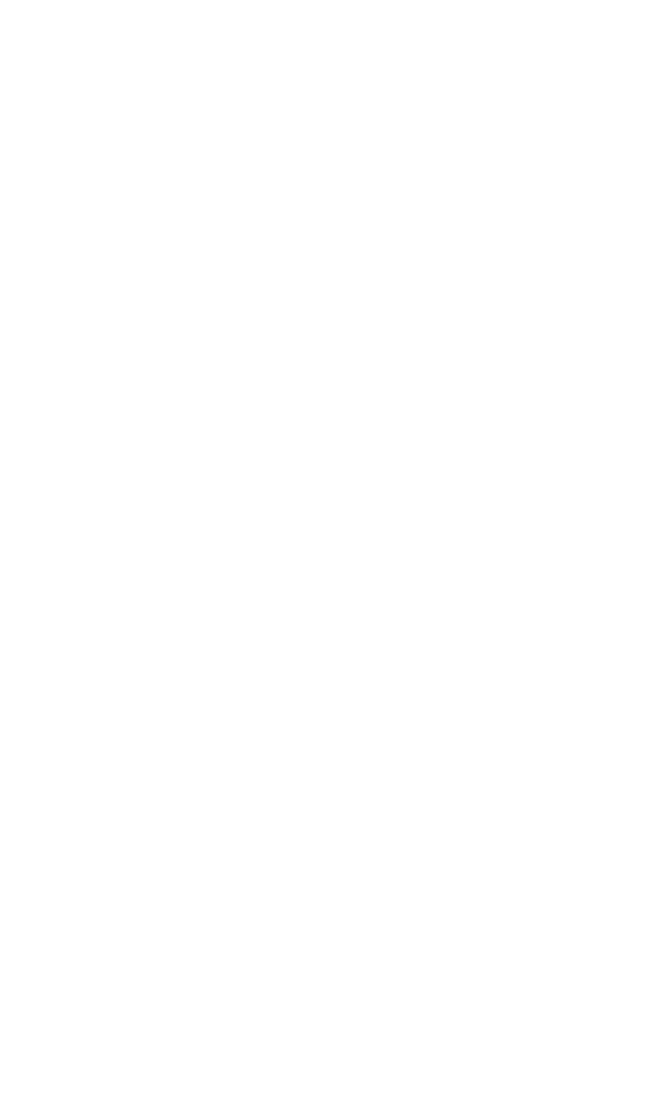
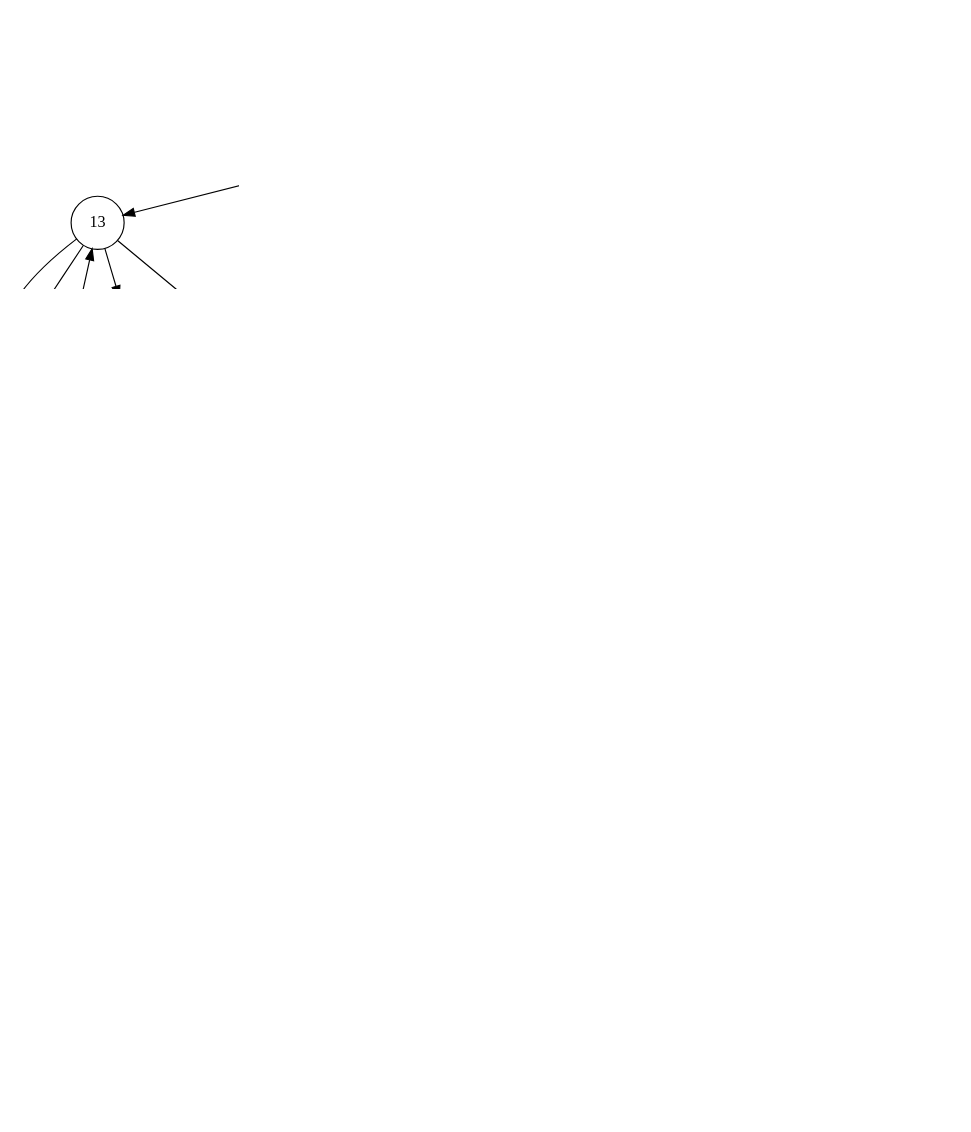
The diagram in binary-trees/graphviz/rand_tree.dot (mickey-is-codin/data-structures), drawn with Graphviz before and after one commit. The commit also changed 2 other files, not shown here.

```diff
--- a/binary-trees/graphviz/rand_tree.dot
+++ b/binary-trees/graphviz/rand_tree.dot
@@ -1,96 +1,156 @@
 digraph BST {
 	graph [ dpi = 300 ];
 	node [shape=circle];
 	size="6,6";
 	24 -> 0;
 	24 -> 88;
 	0 -> -59;
 	0 -> 13;
 	-59 -> -97;
 	-59 -> -54;
 null1 [shape=point];
 	-97 -> null1;
 	-97 -> -72;
 	-72 -> -73;
+	-72 -> -69;
+	-73 -> -91;
 null2 [shape=point]
-	-72 -> null2;
-	-73 -> -91;
-null3 [shape=point]
-	-73 -> null3;
-null4 [shape=point];
-	-91 -> null4;
+	-73 -> null2;
+	-91 -> -96;
 	-91 -> -84;
+null3 [shape=point];
+	-96 -> null3;
+null4 [shape=point]
+	-96 -> null4;
 null5 [shape=point];
 	-84 -> null5;
 null6 [shape=point]
 	-84 -> null6;
 null7 [shape=point];
-	-54 -> null7;
+	-69 -> null7;
+null8 [shape=point]
+	-69 -> null8;
+	-54 -> -56;
 	-54 -> -11;
+null9 [shape=point];
+	-56 -> null9;
+null10 [shape=point]
+	-56 -> null10;
 	-11 -> -48;
 	-11 -> -9;
-null8 [shape=point];
-	-48 -> null8;
+null11 [shape=point];
+	-48 -> null11;
 	-48 -> -40;
-null9 [shape=point];
-	-40 -> null9;
+null12 [shape=point];
+	-40 -> null12;
 	-40 -> -26;
 	-26 -> -30;
 	-26 -> -18;
-null10 [shape=point];
-	-30 -> null10;
-null11 [shape=point]
-	-30 -> null11;
+	-30 -> -35;
+	-30 -> -30;
+	-35 -> -39;
+null13 [shape=point]
+	-35 -> null13;
+null14 [shape=point];
+	-39 -> null14;
+	-39 -> -38;
+null15 [shape=point];
+	-38 -> null15;
+null16 [shape=point]
+	-38 -> null16;
+null17 [shape=point];
+	-30 -> null17;
+null18 [shape=point]
+	-30 -> null18;
 	-18 -> -20;
 	-18 -> -16;
-null12 [shape=point];
-	-20 -> null12;
-null13 [shape=point]
-	-20 -> null13;
-null14 [shape=point];
-	-16 -> null14;
+null19 [shape=point];
+	-20 -> null19;
+null20 [shape=point]
+	-20 -> null20;
+	-16 -> -18;
 	-16 -> -16;
-null15 [shape=point];
-	-16 -> null15;
-null16 [shape=point]
-	-16 -> null16;
-null17 [shape=point];
-	-9 -> null17;
-null18 [shape=point]
-	-9 -> null18;
+null21 [shape=point];
+	-18 -> null21;
+null22 [shape=point]
+	-18 -> null22;
+null23 [shape=point];
+	-16 -> null23;
+	-16 -> -16;
+null24 [shape=point];
+	-16 -> null24;
+null25 [shape=point]
+	-16 -> null25;
+null26 [shape=point];
+	-9 -> null26;
+	-9 -> -9;
+null27 [shape=point];
+	-9 -> null27;
+null28 [shape=point]
+	-9 -> null28;
 	13 -> 5;
 	13 -> 20;
-null19 [shape=point];
-	5 -> null19;
-null20 [shape=point]
-	5 -> null20;
+	5 -> 4;
+	5 -> 7;
+null29 [shape=point];
+	4 -> null29;
+null30 [shape=point]
+	4 -> null30;
+null31 [shape=point];
+	7 -> null31;
+null32 [shape=point]
+	7 -> null32;
 	20 -> 15;
 	20 -> 22;
-null21 [shape=point];
-	15 -> null21;
-null22 [shape=point]
-	15 -> null22;
-null23 [shape=point];
-	22 -> null23;
+	15 -> 13;
+null33 [shape=point]
+	15 -> null33;
+null34 [shape=point];
+	13 -> null34;
+null35 [shape=point]
+	13 -> null35;
+null36 [shape=point];
+	22 -> null36;
 	22 -> 22;
-null24 [shape=point];
-	22 -> null24;
-null25 [shape=point]
-	22 -> null25;
+null37 [shape=point];
+	22 -> null37;
+null38 [shape=point]
+	22 -> null38;
 	88 -> 69;
 	88 -> 88;
 	69 -> 47;
 	69 -> 76;
-null26 [shape=point];
-	47 -> null26;
-null27 [shape=point]
-	47 -> null27;
-null28 [shape=point];
-	76 -> null28;
-null29 [shape=point]
-	76 -> null29;
-null30 [shape=point];
-	88 -> null30;
-null31 [shape=point]
-	88 -> null31;
+	47 -> 38;
+	47 -> 57;
+null39 [shape=point];
+	38 -> null39;
+	38 -> 44;
+	44 -> 39;
+null40 [shape=point]
+	44 -> null40;
+null41 [shape=point];
+	39 -> null41;
+null42 [shape=point]
+	39 -> null42;
+null43 [shape=point];
+	57 -> null43;
+	57 -> 62;
+null44 [shape=point];
+	62 -> null44;
+null45 [shape=point]
+	62 -> null45;
+	76 -> 70;
+	76 -> 80;
+null46 [shape=point];
+	70 -> null46;
+null47 [shape=point]
+	70 -> null47;
+null48 [shape=point];
+	80 -> null48;
+null49 [shape=point]
+	80 -> null49;
+null50 [shape=point];
+	88 -> null50;
+null51 [shape=point]
+	88 -> null51;
 }
```
